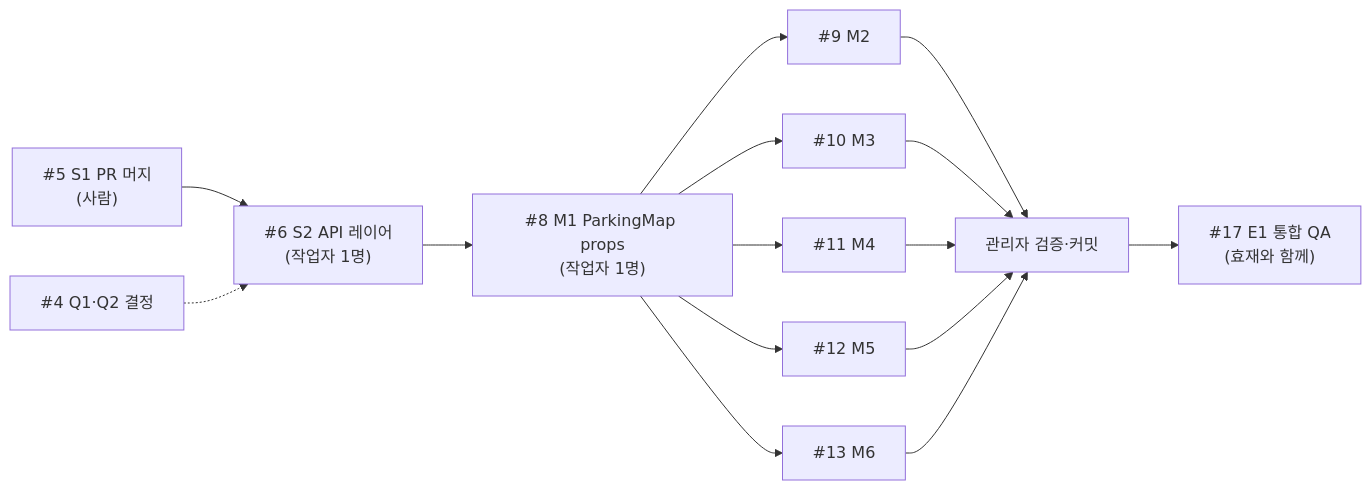
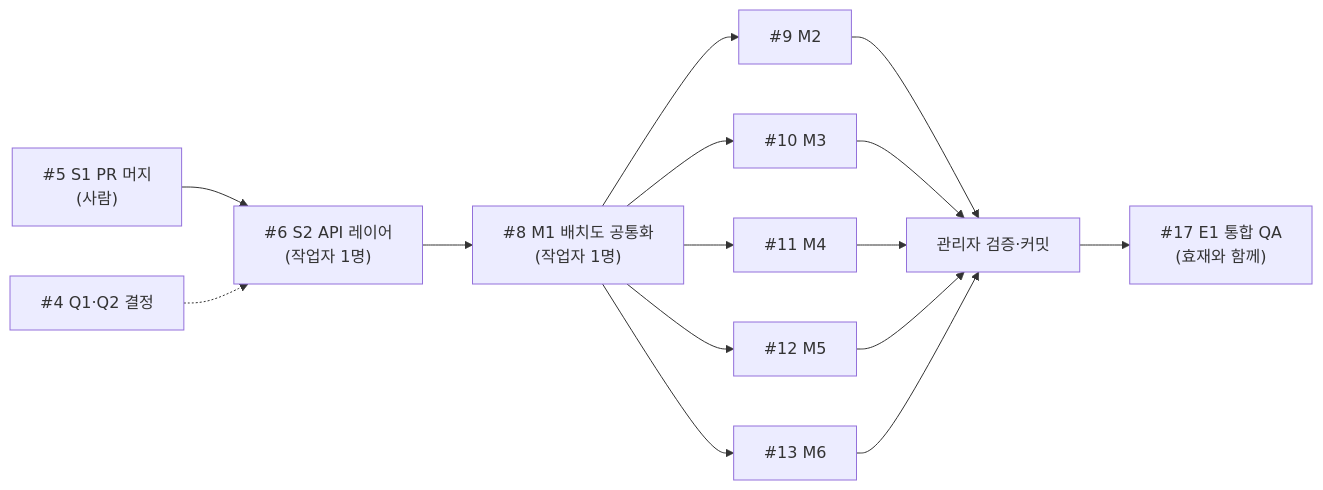
One commit to 2026-KW-HACKATHON/32_Wolgye-debugging-frontend changed the diagram in docs/agents/minsol-manager.md. Above: the diagram before and after it, drawn with Mermaid. The commit also changed other lines of this file and 25 other files, not shown here.

````diff
--- a/docs/agents/minsol-manager.md
+++ b/docs/agents/minsol-manager.md
@@ -24,8 +26,8 @@
 ```mermaid
 flowchart LR
   S1["#5 S1 PR 머지<br/>(사람)"] --> S2["#6 S2 API 레이어<br/>(작업자 1명)"]
   Q["#4 Q1·Q2 결정"] -.-> S2
-  S2 --> M1["#8 M1 ParkingMap props<br/>(작업자 1명)"]
+  S2 --> M1["#8 M1 배치도 공통화<br/>(작업자 1명)"]
   M1 --> M2["#9 M2"] & M3["#10 M3"] & M4["#11 M4"] & M5["#12 M5"] & M6["#13 M6"]
   M2 & M3 & M4 & M5 & M6 --> V["관리자 검증·커밋"] --> E1["#17 E1 통합 QA<br/>(효재와 함께)"]
 ```
````
